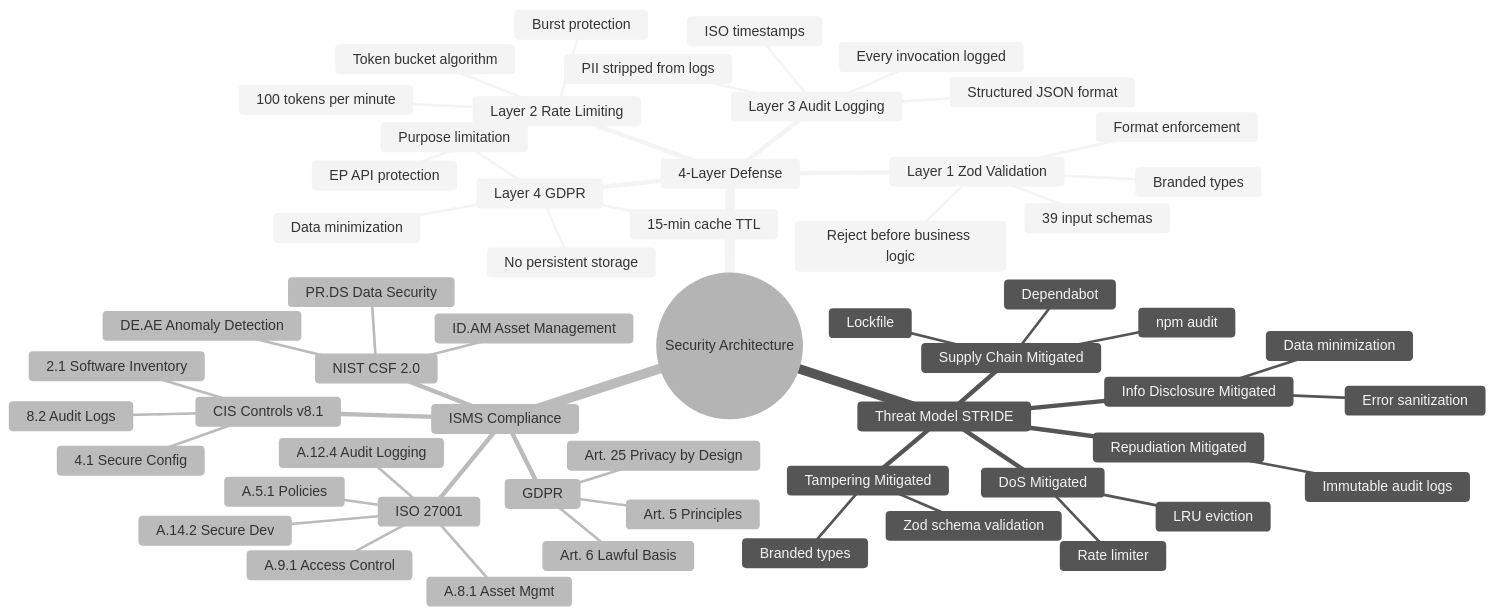
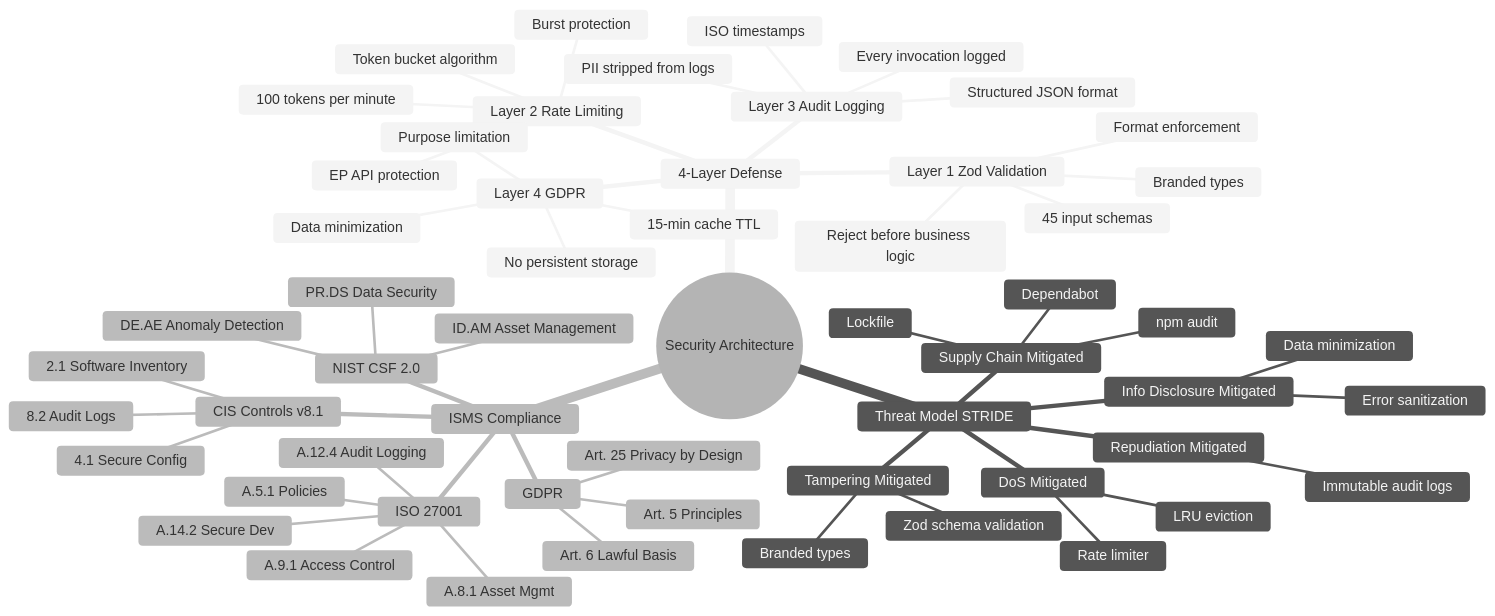
One commit to Hack23/European-Parliament-MCP-Server changed the fourth of 5 diagrams in MINDMAP.md. Above: the diagram before and after it, drawn with Mermaid (neutral theme). The commit also changed other lines of this file and 35 other files, not shown here.

````diff
--- a/MINDMAP.md
+++ b/MINDMAP.md
@@ -310,60 +310,60 @@
 ```mermaid
 mindmap
   root((Security Architecture))
     4-Layer Defense
       Layer 1 Zod Validation
-        39 input schemas
+        45 input schemas
         Branded types
         Format enforcement
         Reject before business logic
       Layer 2 Rate Limiting
         Token bucket algorithm
         100 tokens per minute
         Burst protection
         EP API protection
       Layer 3 Audit Logging
         Every invocation logged
         PII stripped from logs
         ISO timestamps
         Structured JSON format
       Layer 4 GDPR
         Data minimization
         Purpose limitation
         15-min cache TTL
         No persistent storage
     Threat Model STRIDE
       Tampering Mitigated
         Zod schema validation
         Branded types
       Repudiation Mitigated
         Immutable audit logs
       Info Disclosure Mitigated
         Data minimization
         Error sanitization
       DoS Mitigated
         Rate limiter
         LRU eviction
       Supply Chain Mitigated
         Dependabot
         npm audit
         Lockfile
     ISMS Compliance
       ISO 27001
         A.5.1 Policies
         A.8.1 Asset Mgmt
         A.9.1 Access Control
         A.12.4 Audit Logging
         A.14.2 Secure Dev
       NIST CSF 2.0
         ID.AM Asset Management
         PR.DS Data Security
         DE.AE Anomaly Detection
       CIS Controls v8.1
         2.1 Software Inventory
         4.1 Secure Config
         8.2 Audit Logs
       GDPR
         Art. 5 Principles
         Art. 25 Privacy by Design
         Art. 6 Lawful Basis
 ```
````
